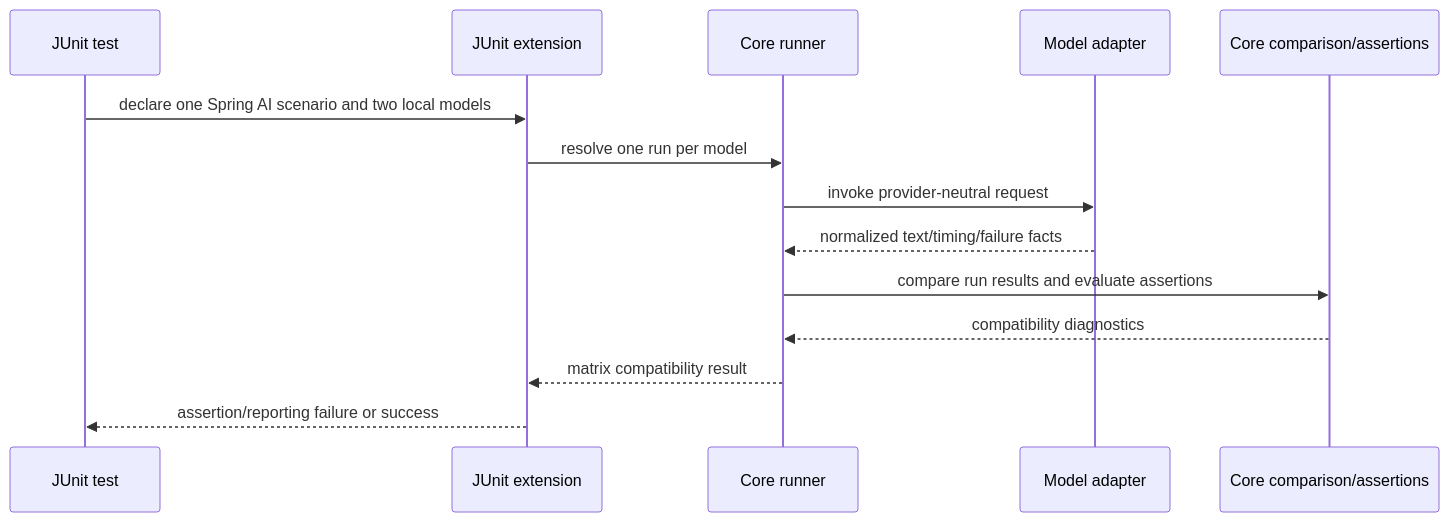
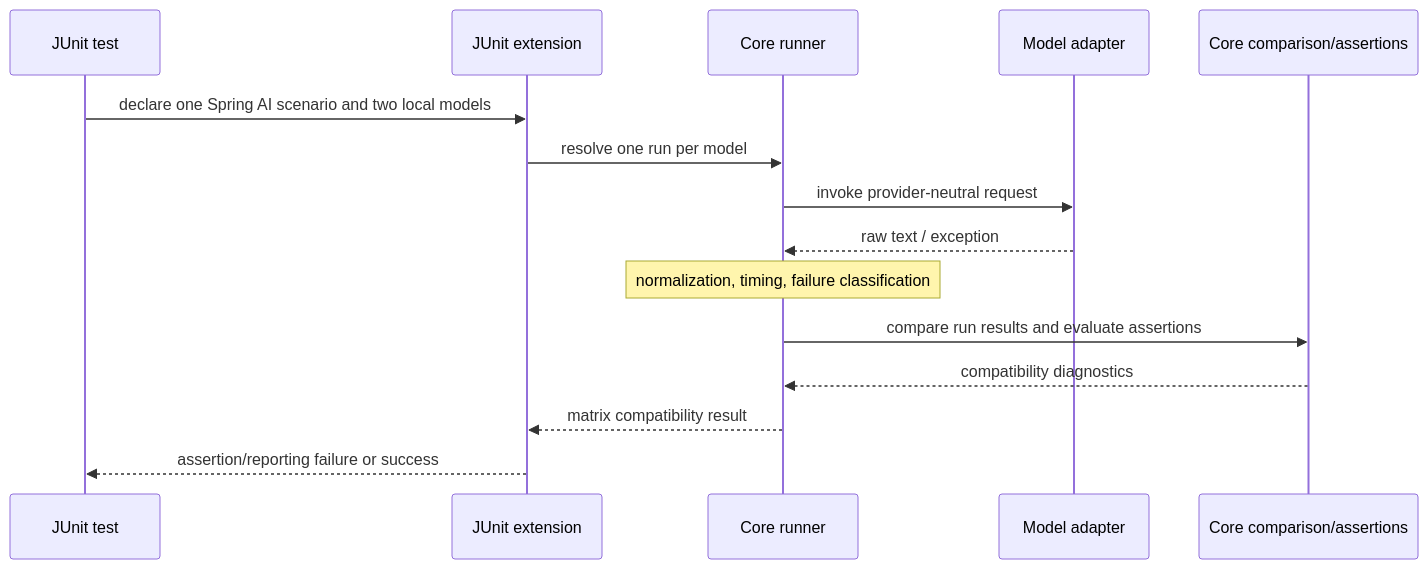
Before and after one commit to lesstalkmorecode/modelmatrix4j: the third of 3 diagrams in docs/ARCHITECTURE.md, drawn with Mermaid. The commit also changed other lines of this file and 40 other files, not shown here.

````diff
--- a/docs/ARCHITECTURE.md
+++ b/docs/ARCHITECTURE.md
@@ -139,16 +151,17 @@
 ```mermaid
 sequenceDiagram
     participant Test as JUnit test
     participant Ext as JUnit extension
     participant Engine as Core runner
     participant Adapter as Model adapter
     participant Assert as Core comparison/assertions
     Test->>Ext: declare one Spring AI scenario and two local models
     Ext->>Engine: resolve one run per model
     Engine->>Adapter: invoke provider-neutral request
-    Adapter-->>Engine: normalized text/timing/failure facts
+    Adapter-->>Engine: raw text / exception
+    Note over Engine: normalization, timing, failure classification
     Engine->>Assert: compare run results and evaluate assertions
     Assert-->>Engine: compatibility diagnostics
     Engine-->>Ext: matrix compatibility result
     Ext-->>Test: assertion/reporting failure or success
 ```
````
